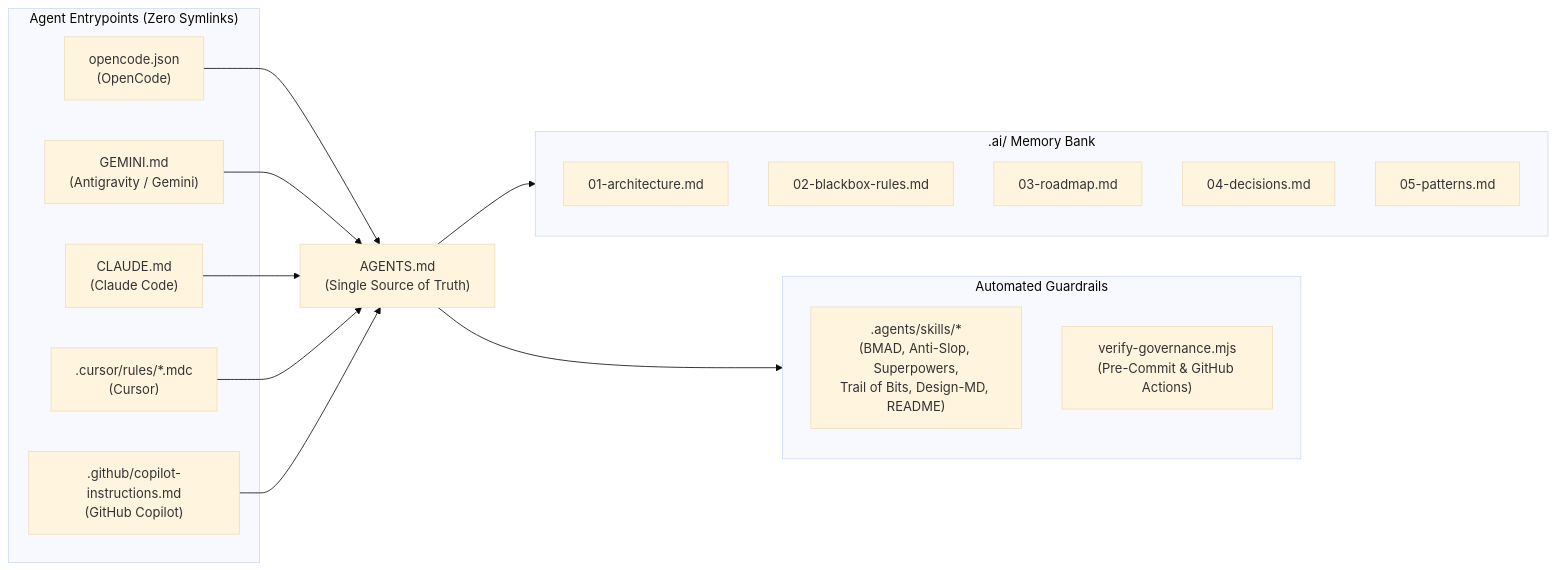
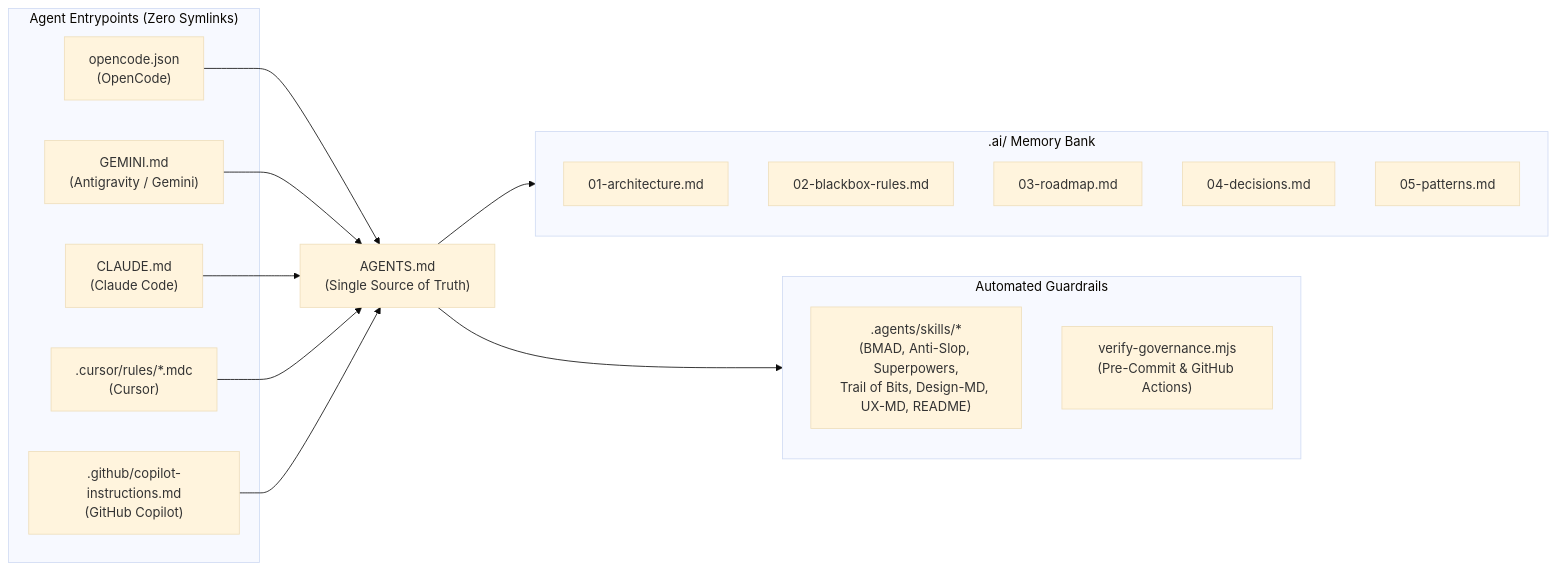
Before and after one commit to SolidStateNetwork/Blueprint: the diagram in README.md, drawn with Mermaid (base theme). The commit also changed other lines of this file and 7 other files, not shown here.

````diff
--- a/README.md
+++ b/README.md
@@ -31,29 +31,29 @@
 ```mermaid
 flowchart LR
   subgraph Entrypoints["Agent Entrypoints (Zero Symlinks)"]
     OC["opencode.json<br/>(OpenCode)"]
     GM["GEMINI.md<br/>(Antigravity / Gemini)"]
     CL["CLAUDE.md<br/>(Claude Code)"]
     CR[".cursor/rules/*.mdc<br/>(Cursor)"]
     CP[".github/copilot-instructions.md<br/>(GitHub Copilot)"]
   end
 
   AG["AGENTS.md<br/>(Single Source of Truth)"]
 
   subgraph Memory[".ai/ Memory Bank"]
     A1["01-architecture.md"]
     A2["02-blackbox-rules.md"]
     A3["03-roadmap.md"]
     A4["04-decisions.md"]
     A5["05-patterns.md"]
   end
 
   subgraph Guardrails["Automated Guardrails"]
-    SK[".agents/skills/*<br/>(BMAD, Anti-Slop, Superpowers,<br/>Trail of Bits, Design-MD, README)"]
+    SK[".agents/skills/*<br/>(BMAD, Anti-Slop, Superpowers,<br/>Trail of Bits, Design-MD, UX-MD, README)"]
     VG["verify-governance.mjs<br/>(Pre-Commit & GitHub Actions)"]
   end
 
   OC & GM & CL & CR & CP --> AG
   AG --> Memory
   AG --> Guardrails
 ```
````
